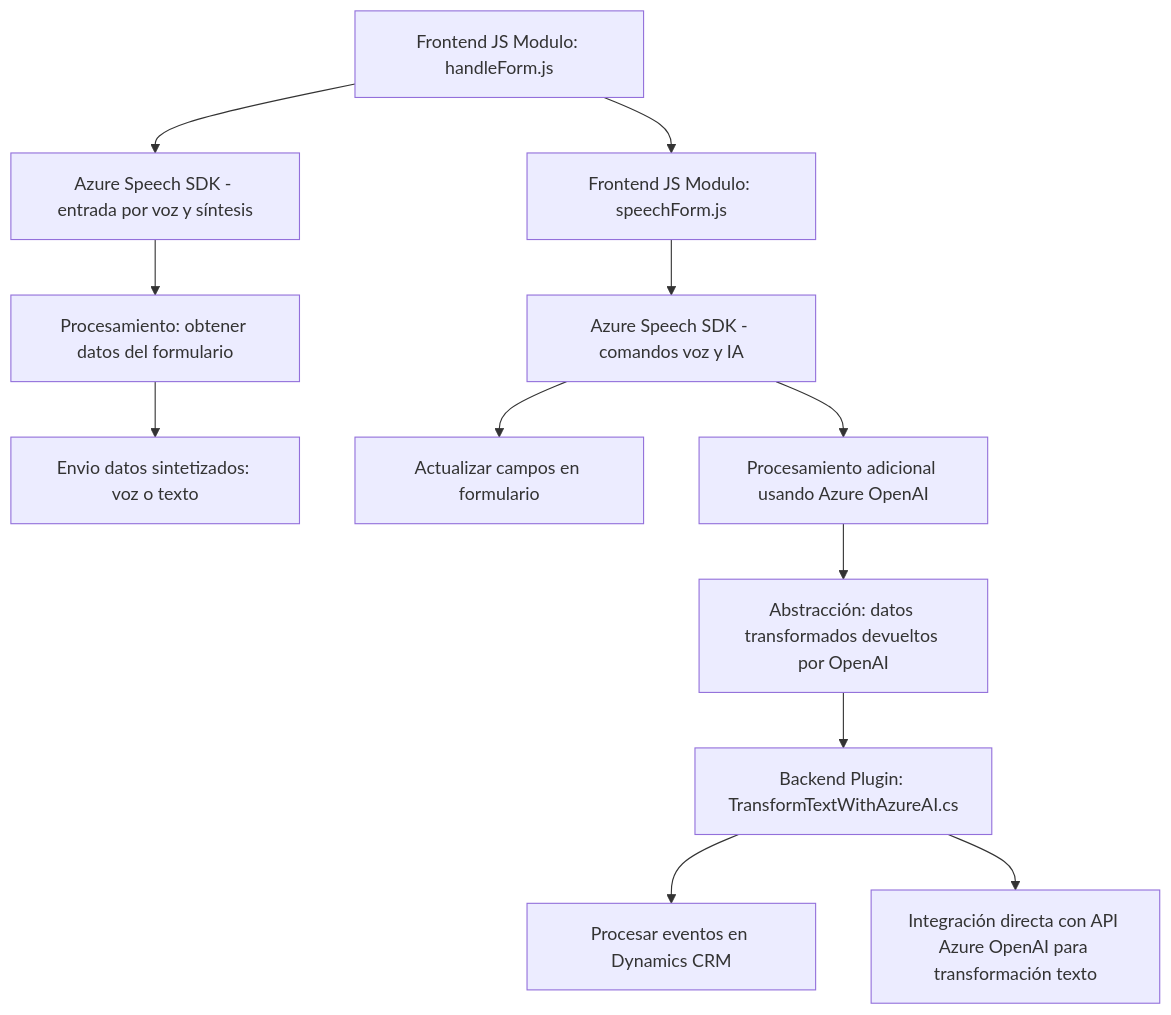
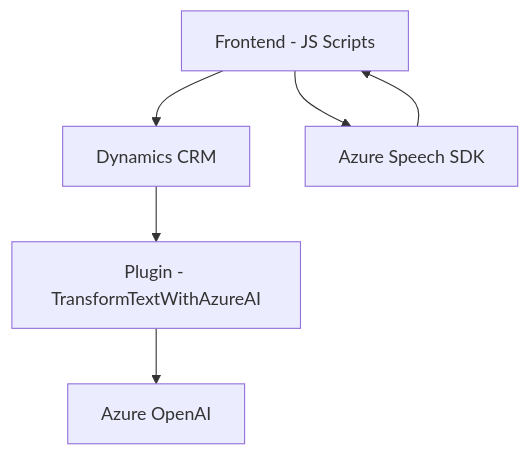
One commit to blopezdm/NETCORE_BILBAO2025 changed the diagram in README.md. Above: the diagram before and after it, drawn with Mermaid. The commit also changed other lines of this file, not shown here.

Commit message:
Actualizar análisis global de la solución con IA

````diff
--- a/README.md
+++ b/README.md
@@ -38,14 +42,14 @@
 ```mermaid
 graph TD
-    A["Frontend JS Modulo: handleForm.js"] --> B["Azure Speech SDK - entrada por voz y síntesis"]
-    B --> C["Procesamiento: obtener datos del formulario"]
-    C --> D["Envio datos sintetizados: voz o texto"]
-    A --> E["Frontend JS Modulo: speechForm.js"]
-    E --> F["Azure Speech SDK - comandos voz y IA"]
-    F --> G["Actualizar campos en formulario"]
-    F --> H["Procesamiento adicional usando Azure OpenAI"]
-    H --> I["Abstracción: datos transformados devueltos por OpenAI"]
-    I --> J["Backend Plugin: TransformTextWithAzureAI.cs"]
-    J --> K["Procesar eventos en Dynamics CRM"]
-    J --> L["Integración directa con API Azure OpenAI para transformación texto"]
+    A["Frontend - JS Scripts"]
+    B["Dynamics CRM"]
+    C["Azure Speech SDK"]
+    D["Azure OpenAI"]
+    E["Plugin - TransformTextWithAzureAI"]
+
+    A --> C
+    A --> B
+    C --> A
+    B --> E
+    E --> D
 ```
````
